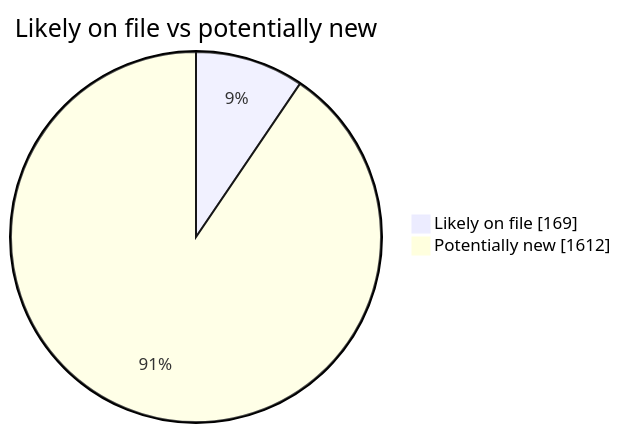
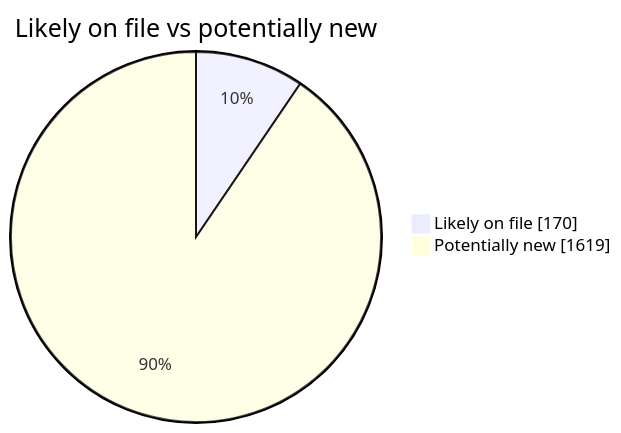
One commit to martinbalfanz/social-scanner-reports changed the second of 4 diagrams in README.md. Above: the diagram before and after it, drawn with Mermaid. The commit also changed other lines of this file and 4 other files, not shown here.

````diff
--- a/README.md
+++ b/README.md
@@ -40,5 +40,5 @@
 ```mermaid
 pie showData title Likely on file vs potentially new
-    "Likely on file" : 169
-    "Potentially new" : 1612
+    "Likely on file" : 170
+    "Potentially new" : 1619
 ```
````
